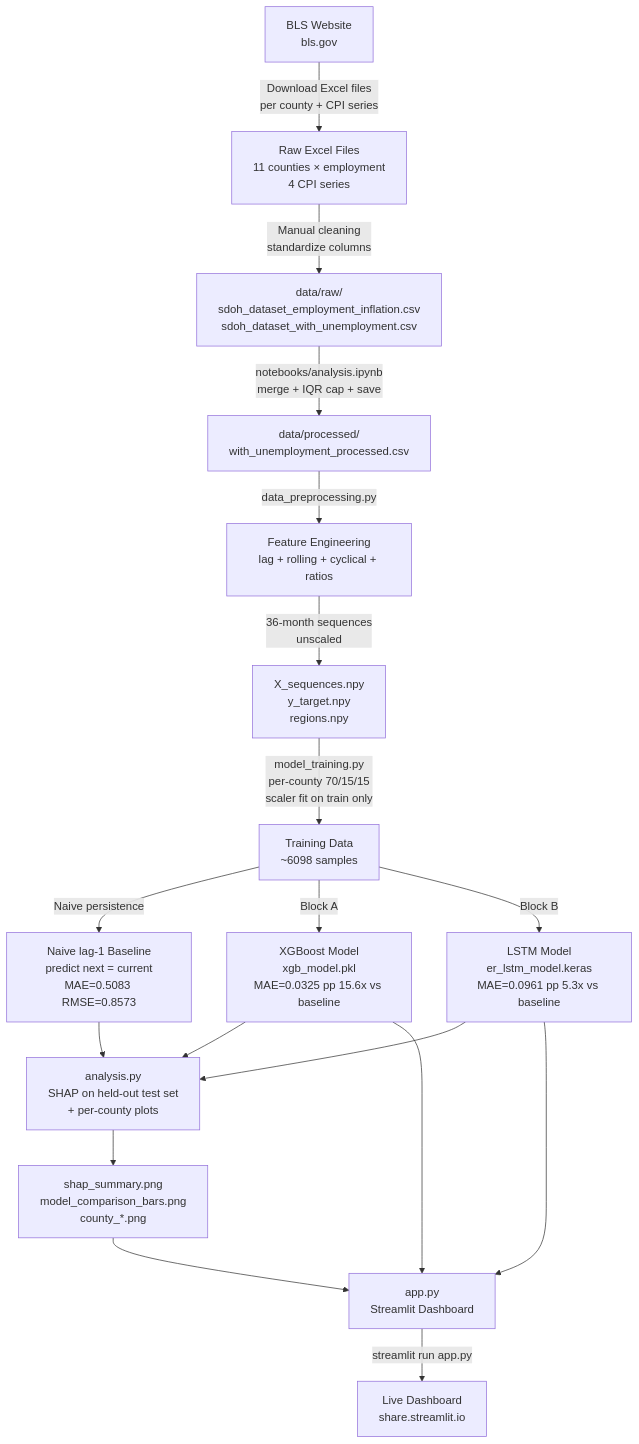
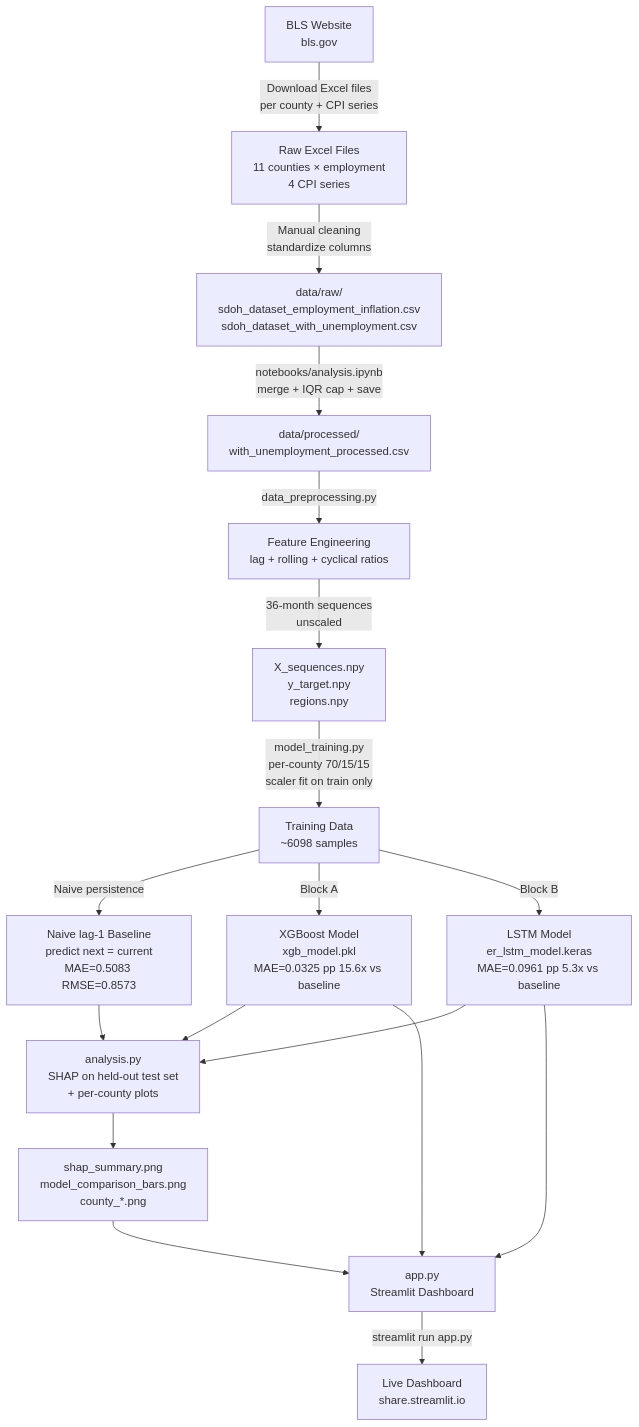
Before and after one commit to RAJ-ARYAN-NITK/SDOH-economic-stress-forecaster: the first of 7 diagrams in README.md, drawn with Mermaid.

Commit message:
Fix formatting in flowchart section of README

````diff
--- a/README.md
+++ b/README.md
@@ -61,20 +61,20 @@
 ```mermaid
 flowchart TD
     A[BLS Website\nbls.gov] -->|Download Excel files\nper county + CPI series| B[Raw Excel Files\n11 counties × employment\n4 CPI series]
     B -->|Manual cleaning\nstandardize columns| C[data/raw/\nsdoh_dataset_employment_inflation.csv\nsdoh_dataset_with_unemployment.csv]
     C -->|notebooks/analysis.ipynb\nmerge + IQR cap + save| D[data/processed/\nwith_unemployment_processed.csv]
-    D -->|data_preprocessing.py| E[Feature Engineering\nlag + rolling + cyclical + ratios]
+    D -->|data_preprocessing.py| E[Feature Engineering\nlag + rolling + cyclical  ratios]
     E -->|36-month sequences\nunscaled| F[X_sequences.npy\ny_target.npy\nregions.npy]
     F -->|model_training.py\nper-county 70/15/15\nscaler fit on train only| G[Training Data\n~6098 samples]
     G -->|Naive persistence| N[Naive lag-1 Baseline\npredict next = current\nMAE=0.5083 RMSE=0.8573]
     G -->|Block A| H[XGBoost Model\nxgb_model.pkl\nMAE=0.0325 pp 15.6x vs baseline]
     G -->|Block B| I[LSTM Model\ner_lstm_model.keras\nMAE=0.0961 pp 5.3x vs baseline]
     N --> J
     H --> J[analysis.py\nSHAP on held-out test set\n+ per-county plots]
     I --> J
     J --> K[shap_summary.png\nmodel_comparison_bars.png\ncounty_*.png]
     H --> L[app.py\nStreamlit Dashboard]
     I --> L
     K --> L
     L -->|streamlit run app.py| M[Live Dashboard\nshare.streamlit.io]
 ```
````
